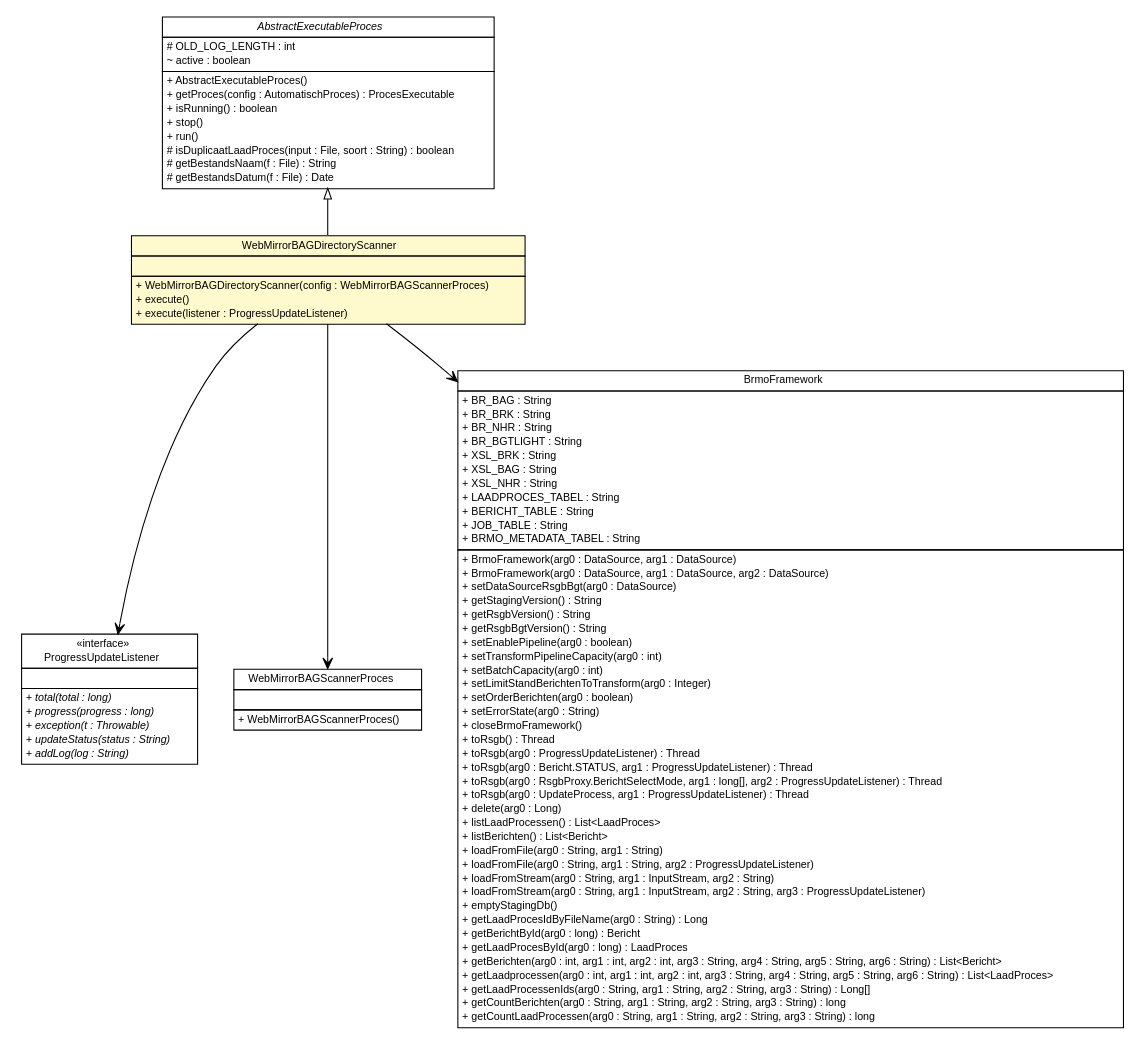
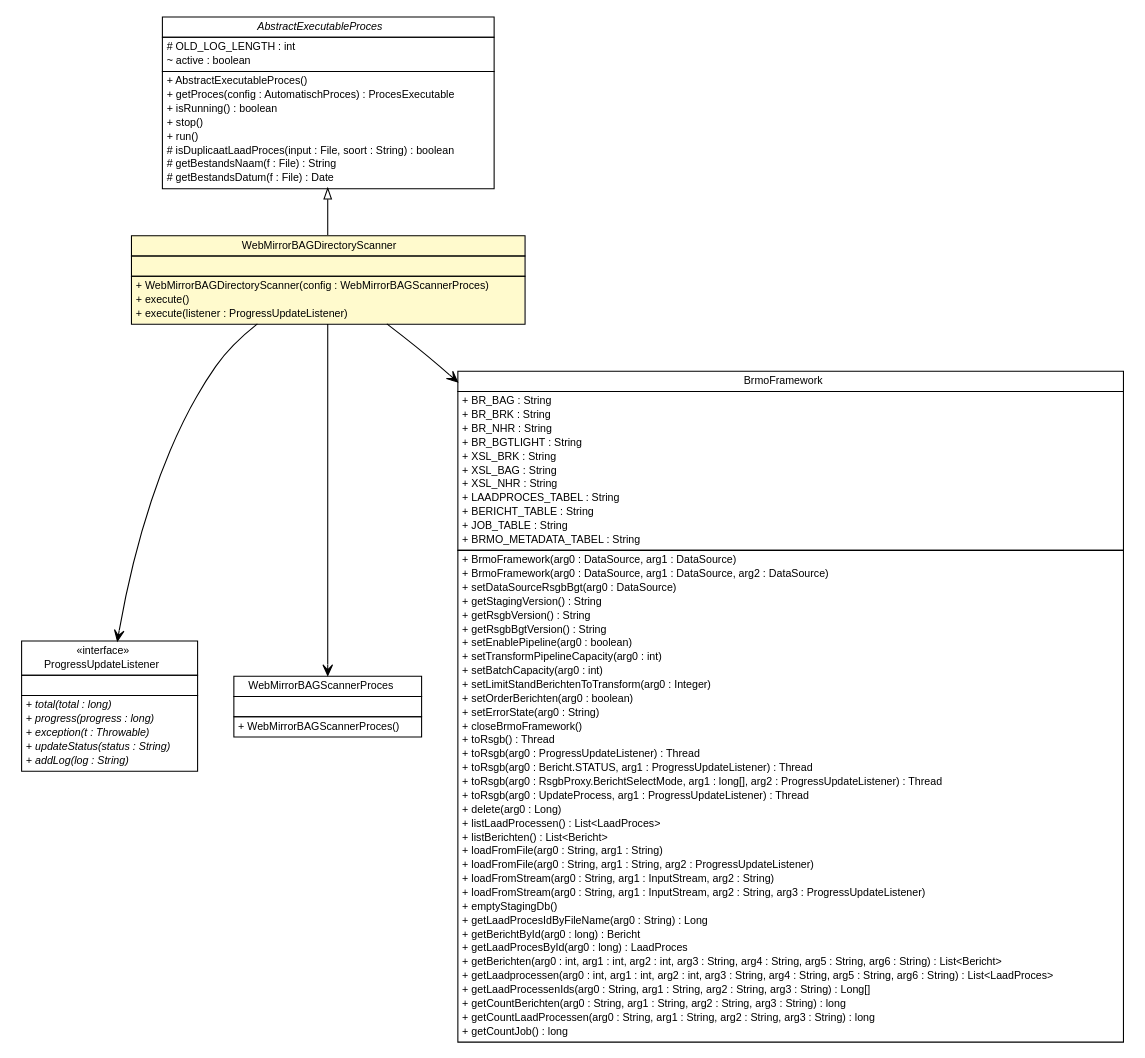
Before and after one commit to B3Partners/brmo: the diagram in brmo-service/apidocs/nl/b3p/brmo/service/scanner/WebMirrorBAGDirectoryScanner.dot, drawn with Graphviz. The commit also changed 225 other files, not shown here.

```diff
--- a/brmo-service/apidocs/nl/b3p/brmo/service/scanner/WebMirrorBAGDirectoryScanner.dot
+++ b/brmo-service/apidocs/nl/b3p/brmo/service/scanner/WebMirrorBAGDirectoryScanner.dot
@@ -1,138 +1,139 @@
 #!/usr/local/bin/dot
 #
 # Class diagram 
 # Generated by UMLGraph version R5_6-24-gf6e263 (http://www.umlgraph.org/)
 #
 
 digraph G {
 	edge [fontname="Helvetica",fontsize=10,labelfontname="Helvetica",labelfontsize=10];
 	node [fontname="Helvetica",fontsize=10,shape=plaintext];
 	nodesep=0.25;
 	ranksep=0.5;
 	// nl.b3p.brmo.service.scanner.AbstractExecutableProces
 	c2013 [label=<<table title="nl.b3p.brmo.service.scanner.AbstractExecutableProces" border="0" cellborder="1" cellspacing="0" cellpadding="2" port="p" href="./AbstractExecutableProces.html">
 		<tr><td><table border="0" cellspacing="0" cellpadding="1">
 <tr><td align="center" balign="center"><font face="Helvetica-Oblique"> AbstractExecutableProces </font></td></tr>
 		</table></td></tr>
 		<tr><td><table border="0" cellspacing="0" cellpadding="1">
 <tr><td align="left" balign="left"> # OLD_LOG_LENGTH : int </td></tr>
 <tr><td align="left" balign="left"> ~ active : boolean </td></tr>
 		</table></td></tr>
 		<tr><td><table border="0" cellspacing="0" cellpadding="1">
 <tr><td align="left" balign="left"> + AbstractExecutableProces() </td></tr>
 <tr><td align="left" balign="left"> + getProces(config : AutomatischProces) : ProcesExecutable </td></tr>
 <tr><td align="left" balign="left"> + isRunning() : boolean </td></tr>
 <tr><td align="left" balign="left"> + stop() </td></tr>
 <tr><td align="left" balign="left"> + run() </td></tr>
 <tr><td align="left" balign="left"> # isDuplicaatLaadProces(input : File, soort : String) : boolean </td></tr>
 <tr><td align="left" balign="left"> # getBestandsNaam(f : File) : String </td></tr>
 <tr><td align="left" balign="left"> # getBestandsDatum(f : File) : Date </td></tr>
 		</table></td></tr>
 		</table>>, URL="./AbstractExecutableProces.html", fontname="Helvetica", fontcolor="black", fontsize=10.0];
 	// nl.b3p.brmo.service.scanner.WebMirrorBAGDirectoryScanner
 	c2016 [label=<<table title="nl.b3p.brmo.service.scanner.WebMirrorBAGDirectoryScanner" border="0" cellborder="1" cellspacing="0" cellpadding="2" port="p" bgcolor="lemonChiffon" href="./WebMirrorBAGDirectoryScanner.html">
 		<tr><td><table border="0" cellspacing="0" cellpadding="1">
 <tr><td align="center" balign="center"> WebMirrorBAGDirectoryScanner </td></tr>
 		</table></td></tr>
 		<tr><td><table border="0" cellspacing="0" cellpadding="1">
 <tr><td align="left" balign="left">  </td></tr>
 		</table></td></tr>
 		<tr><td><table border="0" cellspacing="0" cellpadding="1">
 <tr><td align="left" balign="left"> + WebMirrorBAGDirectoryScanner(config : WebMirrorBAGScannerProces) </td></tr>
 <tr><td align="left" balign="left"> + execute() </td></tr>
 <tr><td align="left" balign="left"> + execute(listener : ProgressUpdateListener) </td></tr>
 		</table></td></tr>
 		</table>>, URL="./WebMirrorBAGDirectoryScanner.html", fontname="Helvetica", fontcolor="black", fontsize=10.0];
 	// nl.b3p.brmo.service.scanner.ProgressUpdateListener
 	c2018 [label=<<table title="nl.b3p.brmo.service.scanner.ProgressUpdateListener" border="0" cellborder="1" cellspacing="0" cellpadding="2" port="p" href="./ProgressUpdateListener.html">
 		<tr><td><table border="0" cellspacing="0" cellpadding="1">
 <tr><td align="center" balign="center"> &#171;interface&#187; </td></tr>
 <tr><td align="center" balign="center"> ProgressUpdateListener </td></tr>
 		</table></td></tr>
 		<tr><td><table border="0" cellspacing="0" cellpadding="1">
 <tr><td align="left" balign="left">  </td></tr>
 		</table></td></tr>
 		<tr><td><table border="0" cellspacing="0" cellpadding="1">
 <tr><td align="left" balign="left"><font face="Helvetica-Oblique" point-size="10.0"> + total(total : long) </font></td></tr>
 <tr><td align="left" balign="left"><font face="Helvetica-Oblique" point-size="10.0"> + progress(progress : long) </font></td></tr>
 <tr><td align="left" balign="left"><font face="Helvetica-Oblique" point-size="10.0"> + exception(t : Throwable) </font></td></tr>
 <tr><td align="left" balign="left"><font face="Helvetica-Oblique" point-size="10.0"> + updateStatus(status : String) </font></td></tr>
 <tr><td align="left" balign="left"><font face="Helvetica-Oblique" point-size="10.0"> + addLog(log : String) </font></td></tr>
 		</table></td></tr>
 		</table>>, URL="./ProgressUpdateListener.html", fontname="Helvetica", fontcolor="black", fontsize=10.0];
 	//nl.b3p.brmo.service.scanner.WebMirrorBAGDirectoryScanner extends nl.b3p.brmo.service.scanner.AbstractExecutableProces
 	c2013:p -> c2016:p [dir=back,arrowtail=empty];
 	// nl.b3p.brmo.service.scanner.WebMirrorBAGDirectoryScanner NAVASSOC nl.b3p.brmo.persistence.staging.WebMirrorBAGScannerProces
 	c2016:p -> c2028:p [taillabel="", label="", headlabel="", fontname="Helvetica", fontcolor="black", fontsize=10.0, color="black", arrowhead=open];
 	// nl.b3p.brmo.service.scanner.WebMirrorBAGDirectoryScanner NAVASSOC nl.b3p.brmo.service.scanner.ProgressUpdateListener
 	c2016:p -> c2018:p [taillabel="", label="", headlabel="", fontname="Helvetica", fontcolor="black", fontsize=10.0, color="black", arrowhead=open];
 	// nl.b3p.brmo.service.scanner.WebMirrorBAGDirectoryScanner NAVASSOC nl.b3p.brmo.loader.BrmoFramework
 	c2016:p -> c2029:p [taillabel="", label="", headlabel="", fontname="Helvetica", fontcolor="black", fontsize=10.0, color="black", arrowhead=open];
 	// nl.b3p.brmo.persistence.staging.WebMirrorBAGScannerProces
 	c2028 [label=<<table title="nl.b3p.brmo.persistence.staging.WebMirrorBAGScannerProces" border="0" cellborder="1" cellspacing="0" cellpadding="2" port="p">
 		<tr><td><table border="0" cellspacing="0" cellpadding="1">
 <tr><td align="center" balign="center"> WebMirrorBAGScannerProces </td></tr>
 		</table></td></tr>
 		<tr><td><table border="0" cellspacing="0" cellpadding="1">
 <tr><td align="left" balign="left">  </td></tr>
 		</table></td></tr>
 		<tr><td><table border="0" cellspacing="0" cellpadding="1">
 <tr><td align="left" balign="left"> + WebMirrorBAGScannerProces() </td></tr>
 		</table></td></tr>
 		</table>>, URL="null", fontname="Helvetica", fontcolor="black", fontsize=10.0];
 	// nl.b3p.brmo.loader.BrmoFramework
 	c2029 [label=<<table title="nl.b3p.brmo.loader.BrmoFramework" border="0" cellborder="1" cellspacing="0" cellpadding="2" port="p">
 		<tr><td><table border="0" cellspacing="0" cellpadding="1">
 <tr><td align="center" balign="center"> BrmoFramework </td></tr>
 		</table></td></tr>
 		<tr><td><table border="0" cellspacing="0" cellpadding="1">
 <tr><td align="left" balign="left"> + BR_BAG : String </td></tr>
 <tr><td align="left" balign="left"> + BR_BRK : String </td></tr>
 <tr><td align="left" balign="left"> + BR_NHR : String </td></tr>
 <tr><td align="left" balign="left"> + BR_BGTLIGHT : String </td></tr>
 <tr><td align="left" balign="left"> + XSL_BRK : String </td></tr>
 <tr><td align="left" balign="left"> + XSL_BAG : String </td></tr>
 <tr><td align="left" balign="left"> + XSL_NHR : String </td></tr>
 <tr><td align="left" balign="left"> + LAADPROCES_TABEL : String </td></tr>
 <tr><td align="left" balign="left"> + BERICHT_TABLE : String </td></tr>
 <tr><td align="left" balign="left"> + JOB_TABLE : String </td></tr>
 <tr><td align="left" balign="left"> + BRMO_METADATA_TABEL : String </td></tr>
 		</table></td></tr>
 		<tr><td><table border="0" cellspacing="0" cellpadding="1">
 <tr><td align="left" balign="left"> + BrmoFramework(arg0 : DataSource, arg1 : DataSource) </td></tr>
 <tr><td align="left" balign="left"> + BrmoFramework(arg0 : DataSource, arg1 : DataSource, arg2 : DataSource) </td></tr>
 <tr><td align="left" balign="left"> + setDataSourceRsgbBgt(arg0 : DataSource) </td></tr>
 <tr><td align="left" balign="left"> + getStagingVersion() : String </td></tr>
 <tr><td align="left" balign="left"> + getRsgbVersion() : String </td></tr>
 <tr><td align="left" balign="left"> + getRsgbBgtVersion() : String </td></tr>
 <tr><td align="left" balign="left"> + setEnablePipeline(arg0 : boolean) </td></tr>
 <tr><td align="left" balign="left"> + setTransformPipelineCapacity(arg0 : int) </td></tr>
 <tr><td align="left" balign="left"> + setBatchCapacity(arg0 : int) </td></tr>
 <tr><td align="left" balign="left"> + setLimitStandBerichtenToTransform(arg0 : Integer) </td></tr>
 <tr><td align="left" balign="left"> + setOrderBerichten(arg0 : boolean) </td></tr>
 <tr><td align="left" balign="left"> + setErrorState(arg0 : String) </td></tr>
 <tr><td align="left" balign="left"> + closeBrmoFramework() </td></tr>
 <tr><td align="left" balign="left"> + toRsgb() : Thread </td></tr>
 <tr><td align="left" balign="left"> + toRsgb(arg0 : ProgressUpdateListener) : Thread </td></tr>
 <tr><td align="left" balign="left"> + toRsgb(arg0 : Bericht.STATUS, arg1 : ProgressUpdateListener) : Thread </td></tr>
 <tr><td align="left" balign="left"> + toRsgb(arg0 : RsgbProxy.BerichtSelectMode, arg1 : long[], arg2 : ProgressUpdateListener) : Thread </td></tr>
 <tr><td align="left" balign="left"> + toRsgb(arg0 : UpdateProcess, arg1 : ProgressUpdateListener) : Thread </td></tr>
 <tr><td align="left" balign="left"> + delete(arg0 : Long) </td></tr>
 <tr><td align="left" balign="left"> + listLaadProcessen() : List&lt;LaadProces&gt; </td></tr>
 <tr><td align="left" balign="left"> + listBerichten() : List&lt;Bericht&gt; </td></tr>
 <tr><td align="left" balign="left"> + loadFromFile(arg0 : String, arg1 : String) </td></tr>
 <tr><td align="left" balign="left"> + loadFromFile(arg0 : String, arg1 : String, arg2 : ProgressUpdateListener) </td></tr>
 <tr><td align="left" balign="left"> + loadFromStream(arg0 : String, arg1 : InputStream, arg2 : String) </td></tr>
 <tr><td align="left" balign="left"> + loadFromStream(arg0 : String, arg1 : InputStream, arg2 : String, arg3 : ProgressUpdateListener) </td></tr>
 <tr><td align="left" balign="left"> + emptyStagingDb() </td></tr>
 <tr><td align="left" balign="left"> + getLaadProcesIdByFileName(arg0 : String) : Long </td></tr>
 <tr><td align="left" balign="left"> + getBerichtById(arg0 : long) : Bericht </td></tr>
 <tr><td align="left" balign="left"> + getLaadProcesById(arg0 : long) : LaadProces </td></tr>
 <tr><td align="left" balign="left"> + getBerichten(arg0 : int, arg1 : int, arg2 : int, arg3 : String, arg4 : String, arg5 : String, arg6 : String) : List&lt;Bericht&gt; </td></tr>
 <tr><td align="left" balign="left"> + getLaadprocessen(arg0 : int, arg1 : int, arg2 : int, arg3 : String, arg4 : String, arg5 : String, arg6 : String) : List&lt;LaadProces&gt; </td></tr>
 <tr><td align="left" balign="left"> + getLaadProcessenIds(arg0 : String, arg1 : String, arg2 : String, arg3 : String) : Long[] </td></tr>
 <tr><td align="left" balign="left"> + getCountBerichten(arg0 : String, arg1 : String, arg2 : String, arg3 : String) : long </td></tr>
 <tr><td align="left" balign="left"> + getCountLaadProcessen(arg0 : String, arg1 : String, arg2 : String, arg3 : String) : long </td></tr>
+<tr><td align="left" balign="left"> + getCountJob() : long </td></tr>
 		</table></td></tr>
 		</table>>, URL="null", fontname="Helvetica", fontcolor="black", fontsize=10.0];
 }
```
